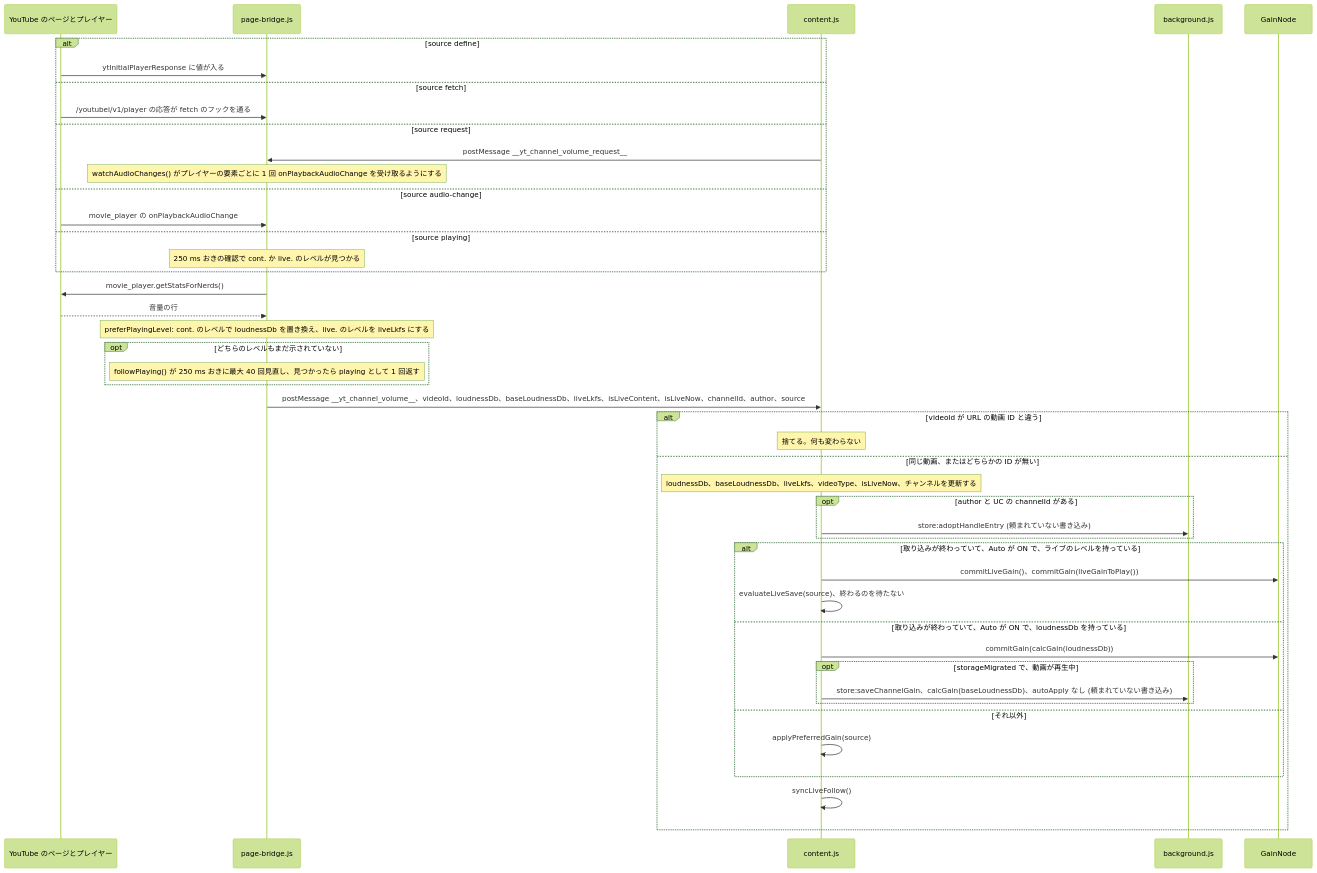
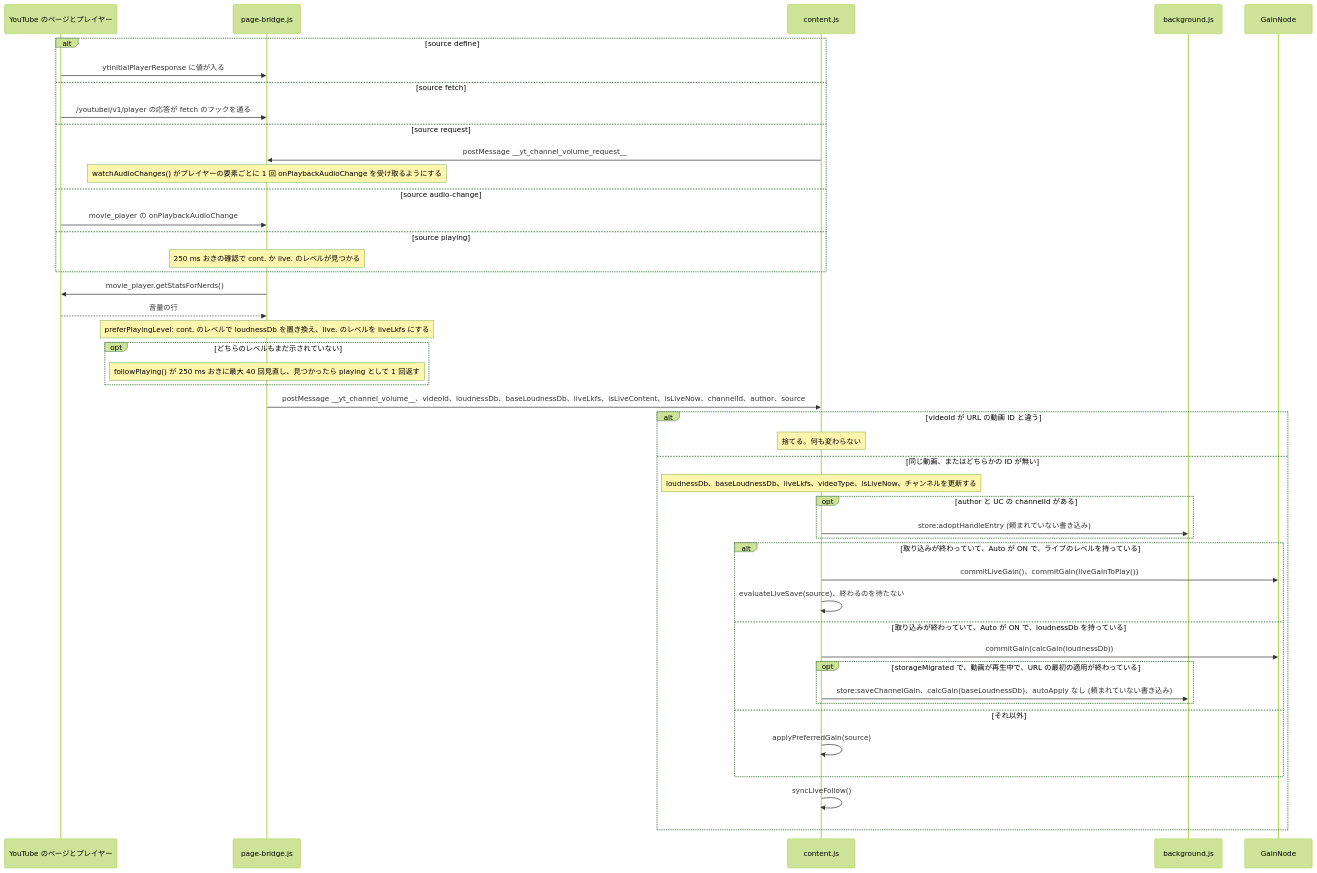
One commit to semnil/yt-channel-volume changed the eighth of 14 diagrams in docs/gain-change-and-save.ja.md. Above: the diagram before and after it, drawn with Mermaid (forest theme). The commit also changed other lines of this file and 6 other files, not shown here.

````diff
--- a/docs/gain-change-and-save.ja.md
+++ b/docs/gain-change-and-save.ja.md
@@ -385,47 +385,47 @@
 ```mermaid
 sequenceDiagram
   participant Y as YouTube のページとプレイヤー
   participant B as page-bridge.js
   participant C as content.js
   participant W as background.js
   participant G as GainNode
   alt source define
     Y->>B: ytInitialPlayerResponse に値が入る
   else source fetch
     Y->>B: /youtubei/v1/player の応答が fetch のフックを通る
   else source request
     C->>B: postMessage __yt_channel_volume_request__
     Note over B: watchAudioChanges() がプレイヤーの要素ごとに 1 回 onPlaybackAudioChange を受け取るようにする
   else source audio-change
     Y->>B: movie_player の onPlaybackAudioChange
   else source playing
     Note over B: 250 ms おきの確認で cont. か live. のレベルが見つかる
   end
   B->>Y: movie_player.getStatsForNerds()
   Y-->>B: 音量の行
   Note over B: preferPlayingLevel: cont. のレベルで loudnessDb を置き換え、live. のレベルを liveLkfs にする
   opt どちらのレベルもまだ示されていない
     Note over B: followPlaying() が 250 ms おきに最大 40 回見直し、見つかったら playing として 1 回返す
   end
   B->>C: postMessage __yt_channel_volume__、videoId、loudnessDb、baseLoudnessDb、liveLkfs、isLiveContent、isLiveNow、channelId、author、source
   alt videoId が URL の動画 ID と違う
     Note over C: 捨てる。何も変わらない
   else 同じ動画、またはどちらかの ID が無い
     Note over C: loudnessDb、baseLoudnessDb、liveLkfs、videoType、isLiveNow、チャンネルを更新する
     opt author と UC の channelId がある
       C->>W: store:adoptHandleEntry (頼まれていない書き込み)
     end
     alt 取り込みが終わっていて、Auto が ON で、ライブのレベルを持っている
       C->>G: commitLiveGain()、commitGain(liveGainToPlay())
       C->>C: evaluateLiveSave(source)、終わるのを待たない
     else 取り込みが終わっていて、Auto が ON で、loudnessDb を持っている
       C->>G: commitGain(calcGain(loudnessDb))
-      opt storageMigrated で、動画が再生中
+      opt storageMigrated で、動画が再生中で、URL の最初の適用が終わっている
         C->>W: store:saveChannelGain、calcGain(baseLoudnessDb)、autoApply なし (頼まれていない書き込み)
       end
     else それ以外
       C->>C: applyPreferredGain(source)
     end
     C->>C: syncLiveFollow()
   end
 ```
````
